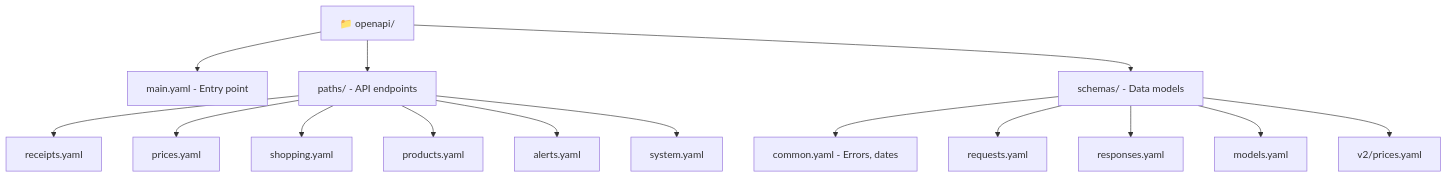
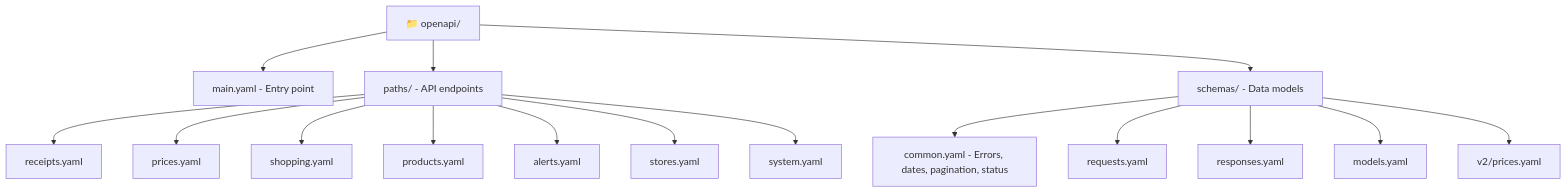
One commit to RizkiRachman/goods-price-comparison-api changed the first of 3 diagrams in README.md. Above: the diagram before and after it, drawn with Mermaid. The commit also changed other lines of this file and 13 other files, not shown here.

````diff
--- a/README.md
+++ b/README.md
@@ -82,19 +82,20 @@
 ```mermaid
 flowchart TD
     root["📁 openapi/"] --> main["main.yaml - Entry point"]
     root --> paths["paths/ - API endpoints"]
     root --> schemas["schemas/ - Data models"]
     
     paths --> receipts["receipts.yaml"]
     paths --> prices["prices.yaml"]
     paths --> shopping["shopping.yaml"]
     paths --> products["products.yaml"]
     paths --> alerts["alerts.yaml"]
+    paths --> stores["stores.yaml"]
     paths --> system["system.yaml"]
     
-    schemas --> common["common.yaml - Errors, dates"]
+    schemas --> common["common.yaml - Errors, dates, pagination, status"]
     schemas --> requests["requests.yaml"]
     schemas --> responses["responses.yaml"]
     schemas --> models["models.yaml"]
     schemas --> v2["v2/prices.yaml"]
 ```
````
